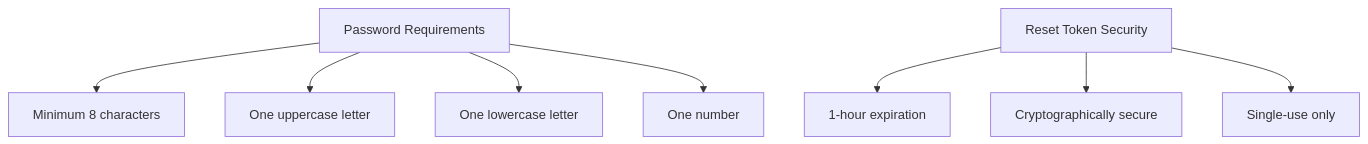
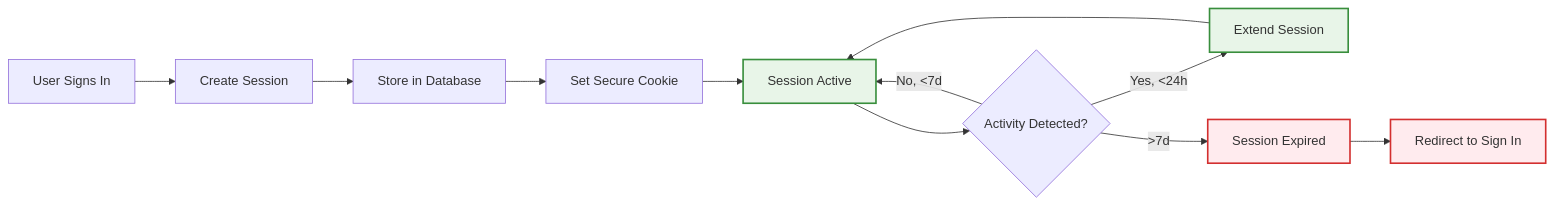
The ninth of 15 diagrams in specs/AUTHENTICATION.md (supercheck-io/supercheck), drawn with Mermaid before and after one commit. The commit also changed other lines of this file and 2 other files, not shown here.

````diff
--- a/specs/AUTHENTICATION.md
+++ b/specs/AUTHENTICATION.md
@@ -170,11 +342,19 @@
 ```mermaid
-graph TB
-    A[Password Requirements] --> B[Minimum 8 characters]
-    A --> C[One uppercase letter]
-    A --> D[One lowercase letter]  
-    A --> E[One number]
-    
-    F[Reset Token Security] --> G[1-hour expiration]
-    F --> H[Cryptographically secure]
-    F --> I[Single-use only]
+graph LR
+    A[User Signs In] --> B[Create Session]
+    B --> C[Store in Database]
+    C --> D[Set Secure Cookie]
+    D --> E[Session Active]
+    E --> F{Activity Detected?}
+    F -->|Yes, <24h| G[Extend Session]
+    F -->|No, <7d| E
+    F -->|>7d| H[Session Expired]
+    G --> E
+    H --> I[Redirect to Sign In]
+
+    classDef active fill:#e8f5e8,stroke:#388e3c,stroke-width:2px
+    classDef expired fill:#ffebee,stroke:#d32f2f,stroke-width:2px
+
+    class E,G active
+    class H,I expired
 ```
````
